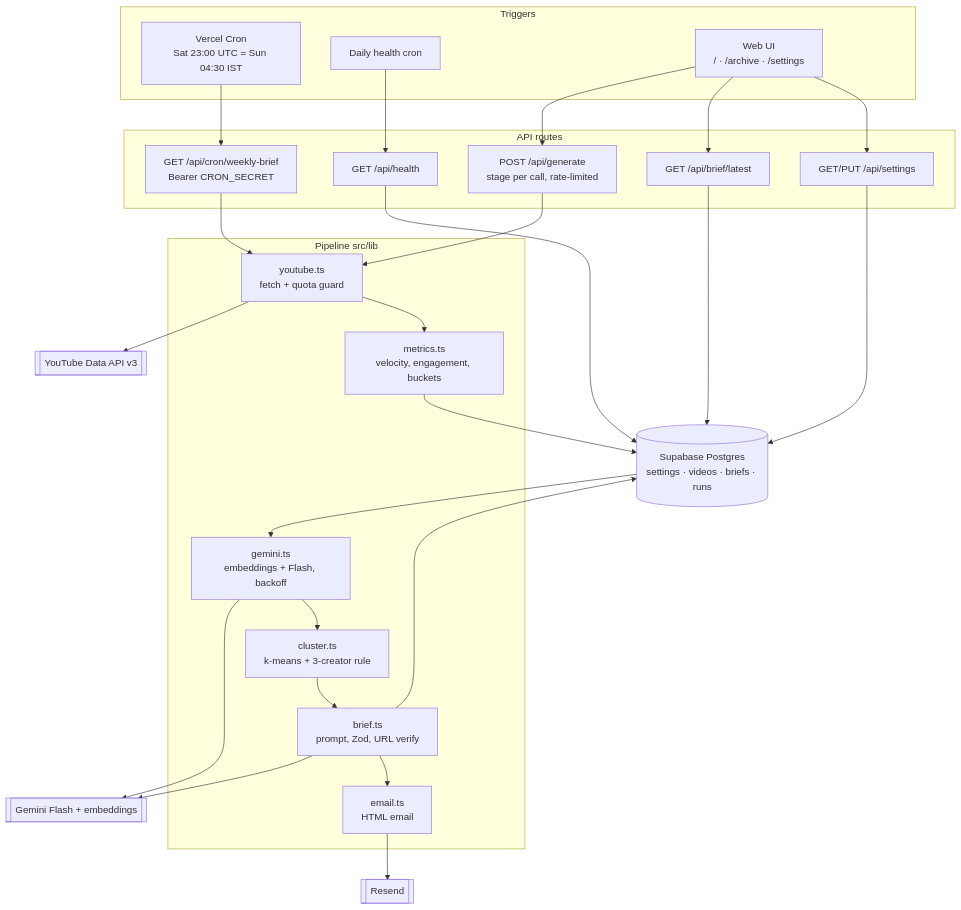
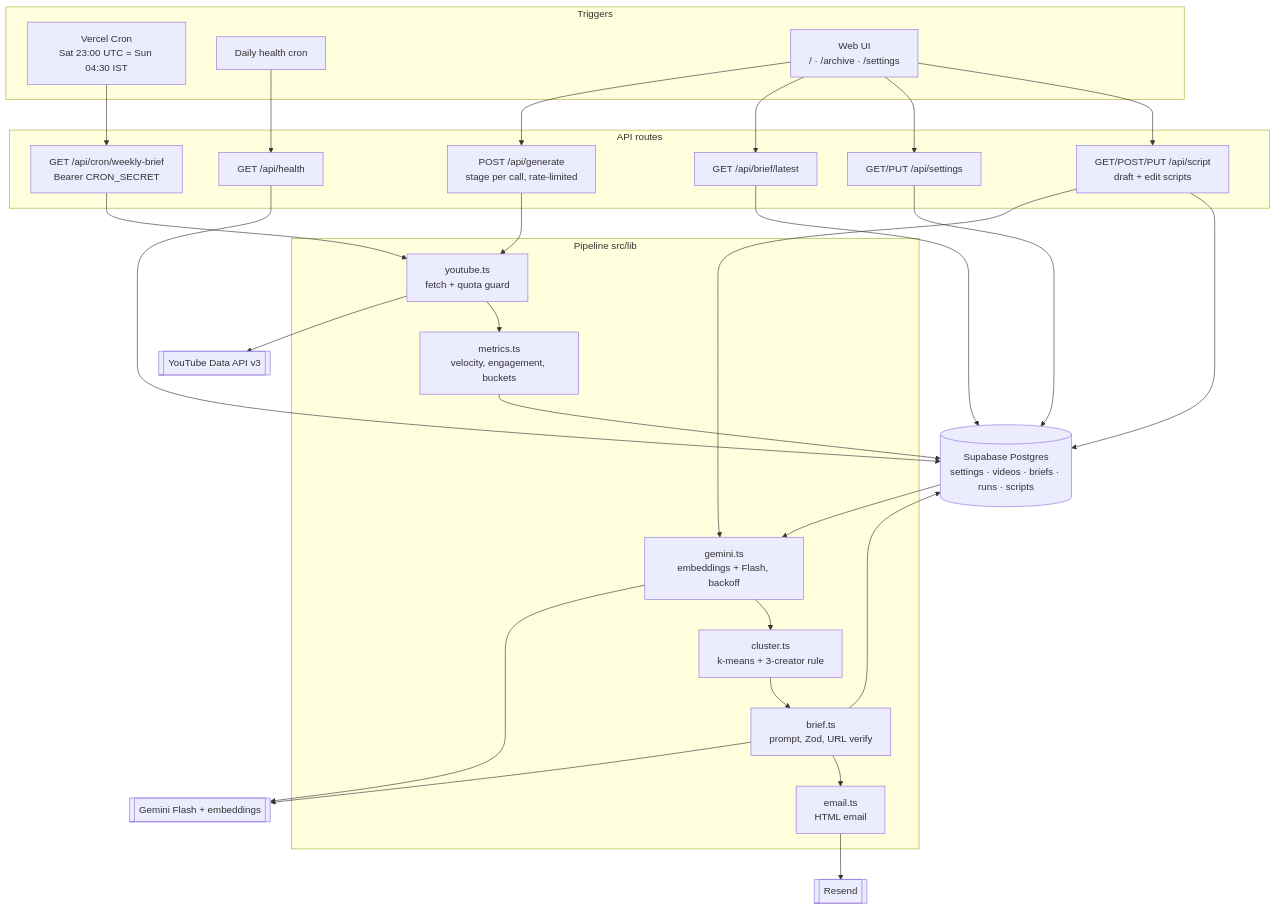
Before and after one commit to sankhlayashrjn-sketch/youtube-trend-radar: the diagram in README.md, drawn with Mermaid. The commit also changed other lines of this file and 5 other files, not shown here.

````diff
--- a/README.md
+++ b/README.md
@@ -80,44 +84,48 @@
 ```mermaid
 flowchart TD
   subgraph Triggers
     CRON[Vercel Cron<br/>Sat 23:00 UTC = Sun 04:30 IST]
     HEALTH[Daily health cron]
     UI[Web UI<br/>/ · /archive · /settings]
   end
   subgraph API[API routes]
     GEN[POST /api/generate<br/>stage per call, rate-limited]
     CR[GET /api/cron/weekly-brief<br/>Bearer CRON_SECRET]
     LAT[GET /api/brief/latest]
     SET[GET/PUT /api/settings]
+    SCR[GET/POST/PUT /api/script<br/>draft + edit scripts]
     HLT[GET /api/health]
   end
   subgraph Lib[Pipeline src/lib]
     YT[youtube.ts<br/>fetch + quota guard]
     MET[metrics.ts<br/>velocity, engagement, buckets]
     GM[gemini.ts<br/>embeddings + Flash, backoff]
     CL[cluster.ts<br/>k-means + 3-creator rule]
     BR[brief.ts<br/>prompt, Zod, URL verify]
     EM[email.ts<br/>HTML email]
   end
-  DB[(Supabase Postgres<br/>settings · videos · briefs · runs)]
+  DB[(Supabase Postgres<br/>settings · videos · briefs · runs · scripts)]
   YTAPI[[YouTube Data API v3]]
   GAPI[[Gemini Flash + embeddings]]
   RS[[Resend]]
 
   CRON --> CR
   HEALTH --> HLT
   UI --> GEN
   UI --> LAT
   UI --> SET
   GEN --> YT
   CR --> YT
   YT --> YTAPI
   YT --> MET --> DB
   DB --> GM --> GAPI
   GM --> CL --> BR --> GAPI
   BR --> DB
   BR --> EM --> RS
   LAT --> DB
   SET --> DB
+  UI --> SCR
+  SCR --> GM
+  SCR --> DB
   HLT --> DB
 ```
````
